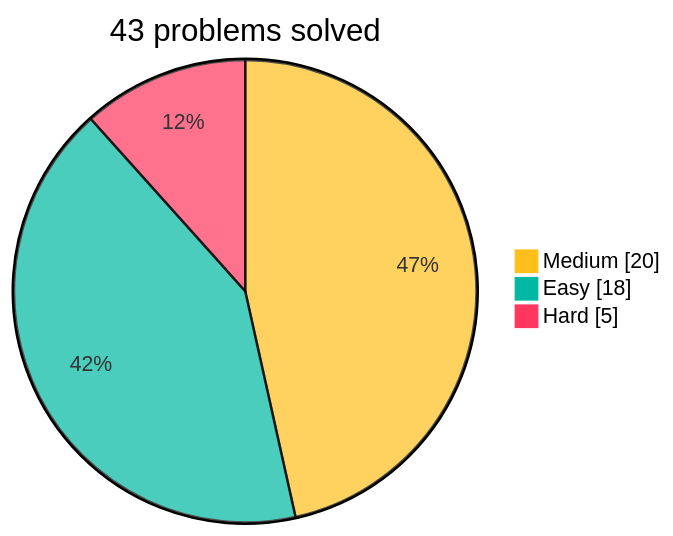
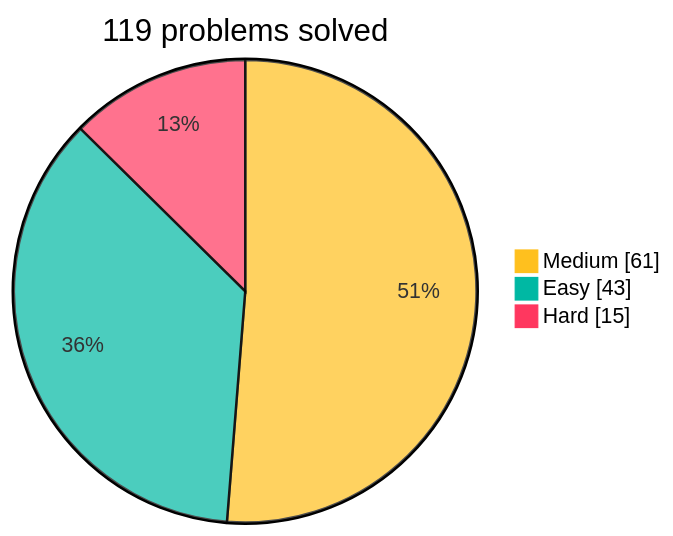
One commit to jamerrq/leetcode-daily changed the diagram in readme.md. Above: the diagram before and after it, drawn with Mermaid. The commit also changed other lines of this file and 142 other files, not shown here.

````diff
--- a/readme.md
+++ b/readme.md
@@ -82,7 +165,7 @@
 ```mermaid
 %%{init: {"themeVariables": {"pie1": "#ffc01e", "pie2": "#00b8a3", "pie3": "#ff375f"}}}%%
-pie showData title 43 problems solved
-    "Medium" : 20
-    "Easy" : 18
-    "Hard" : 5
+pie showData title 119 problems solved
+    "Medium" : 61
+    "Easy" : 43
+    "Hard" : 15
 ```
````
